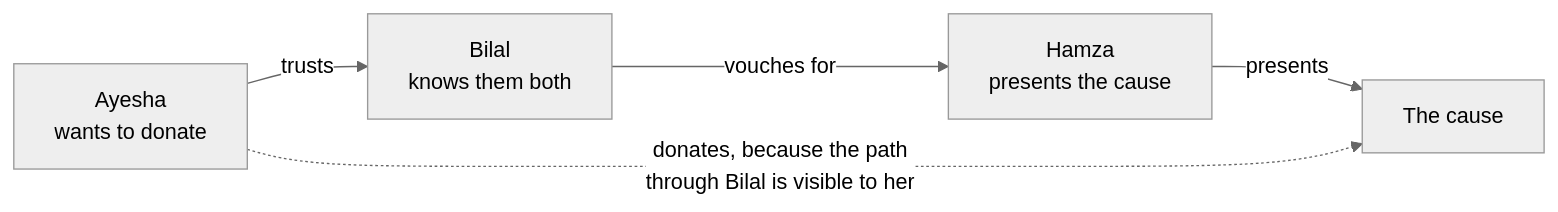
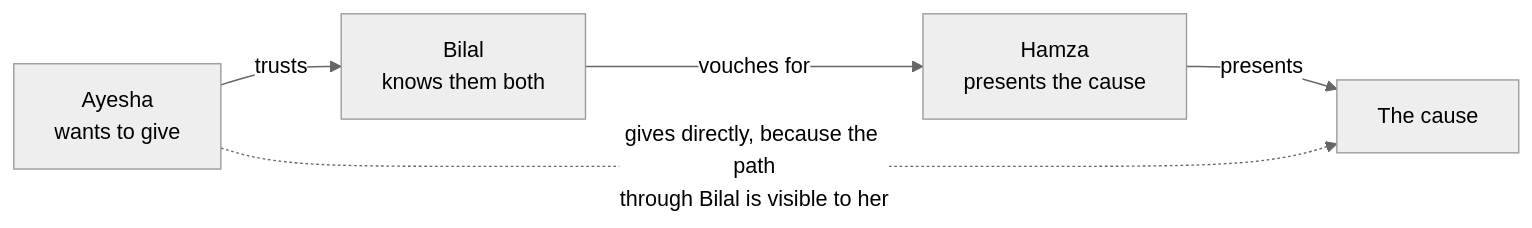
Before and after one commit to veonim/Wasl: the first of 2 diagrams in docs/product/03-trust-model.md, drawn with Mermaid (neutral theme). The commit also changed other lines of this file and 28 other files, not shown here.

First line of the commit message:
docs: core design, no money flows through Wasl

````diff
--- a/docs/product/03-trust-model.md
+++ b/docs/product/03-trust-model.md
@@ -11,7 +11,7 @@
 ```mermaid
 flowchart LR
-    A[Ayesha<br/>wants to donate] -->|trusts| B[Bilal<br/>knows them both]
+    A[Ayesha<br/>wants to give] -->|trusts| B[Bilal<br/>knows them both]
     B -->|vouches for| H[Hamza<br/>presents the cause]
     H -->|presents| C[The cause]
-    A -.->|donates, because the path<br/>through Bilal is visible to her| C
+    A -.->|gives directly, because the path<br/>through Bilal is visible to her| C
 ```
````
